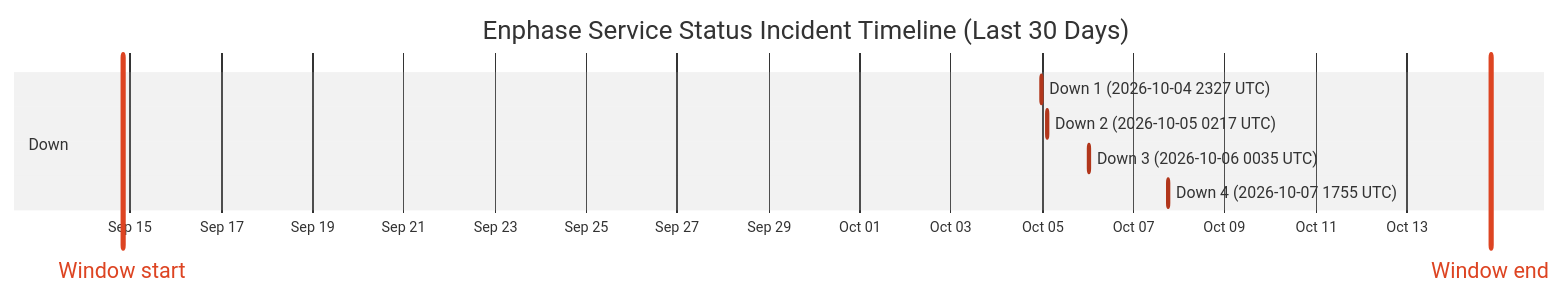
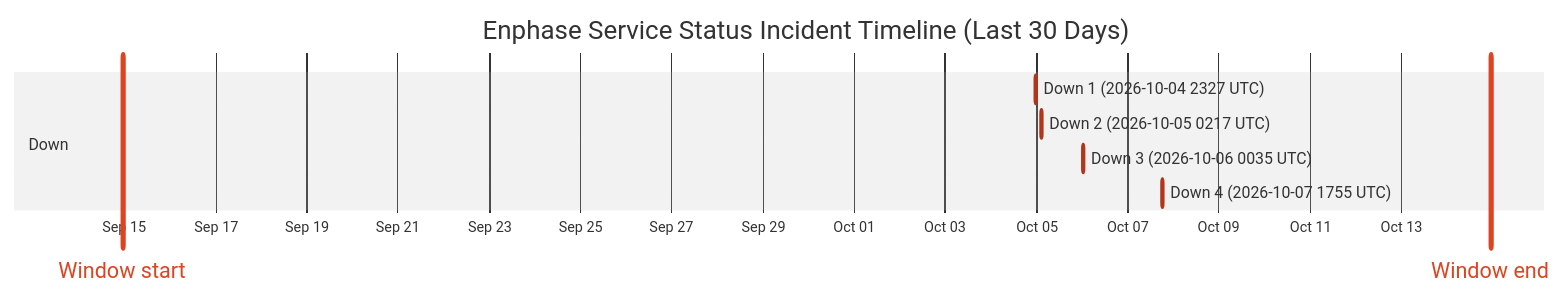
The diagram in wiki/Service-Status-History.md (barneyonline/ha-enphase-energy), drawn with Mermaid (neutral theme) before and after one commit. The commit also changed other lines of this file and 3 other files, not shown here.

````diff
--- a/wiki/Service-Status-History.md
+++ b/wiki/Service-Status-History.md
@@ -14,13 +14,13 @@
 ```mermaid
 gantt
     title Enphase Service Status Incident Timeline (Last 30 Days)
     dateFormat  YYYY-MM-DDTHH:mm:ss
     axisFormat  %b %d
-    Window start :vert, window-start, 2026-09-14T19:58:23, 0ms
-    Window end :vert, window-end, 2026-10-14T19:58:23, 0ms
+    Window start :vert, window-start, 2026-09-14T23:05:50, 0ms
+    Window end :vert, window-end, 2026-10-14T23:05:50, 0ms
     section Down
     Down 1 (2026-10-04 2327 UTC) :crit, down-1, 2026-10-04T23:27:34, 60m
     Down 2 (2026-10-05 0217 UTC) :crit, down-2, 2026-10-05T02:17:30, 60m
     Down 3 (2026-10-06 0035 UTC) :crit, down-3, 2026-10-06T00:35:21, 60m
     Down 4 (2026-10-07 1755 UTC) :crit, down-4, 2026-10-07T17:55:16, 60m
 ```
````
